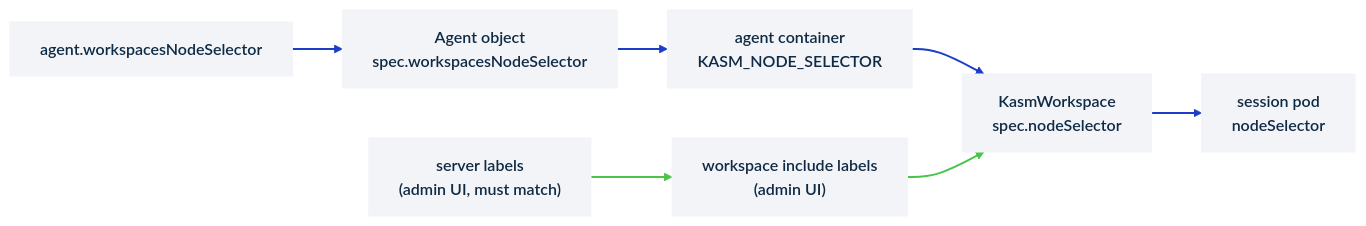
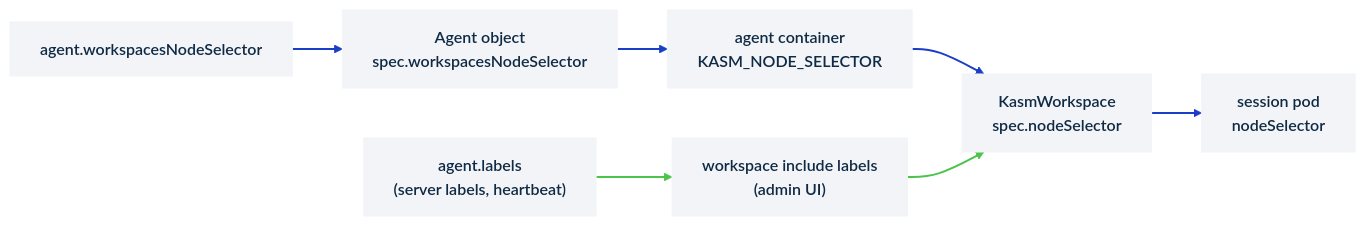
Before and after one commit to kasmtech/kasm-helm: the diagram in docs/how-to/nodes/scope-workspaces-to-nodes.md, drawn with Mermaid. The commit also changed other lines of this file and 13 other files, not shown here.

````diff
--- a/docs/how-to/nodes/scope-workspaces-to-nodes.md
+++ b/docs/how-to/nodes/scope-workspaces-to-nodes.md
@@ -26,17 +27,17 @@
 ```mermaid
 %%{init: {"theme":"base","themeVariables":{"background":"#ffffff","primaryColor":"#f2f4f7","primaryBorderColor":"#f2f4f7","primaryTextColor":"#0f2a44","lineColor":"#0f2a44","clusterBkg":"#ffffff","clusterBorder":"#0f2a44","edgeLabelBackground":"#ffffff","fontFamily":"system-ui, sans-serif"}}}%%
 flowchart LR
   v["agent.workspacesNodeSelector"]:::card
   cr["Agent object<br/>spec.workspacesNodeSelector"]:::card
   env["agent container<br/>KASM_NODE_SELECTOR"]:::card
   ws["KasmWorkspace<br/>spec.nodeSelector"]:::card
   pod["session pod<br/>nodeSelector"]:::card
   ui["workspace include labels<br/>(admin UI)"]:::card
-  srv["server labels<br/>(admin UI, must match)"]:::card
+  srv["agent.labels<br/>(server labels, heartbeat)"]:::card
   v --> cr --> env --> ws --> pod
   ui --> ws
   srv --> ui
   classDef card fill:#f2f4f7,stroke:#f2f4f7,color:#0f2a44,font-weight:600
   linkStyle 0,1,2,3 stroke:#1a3ec8,stroke-width:2px
   linkStyle 4,5 stroke:#4cc44c,stroke-width:2px
 ```
````
